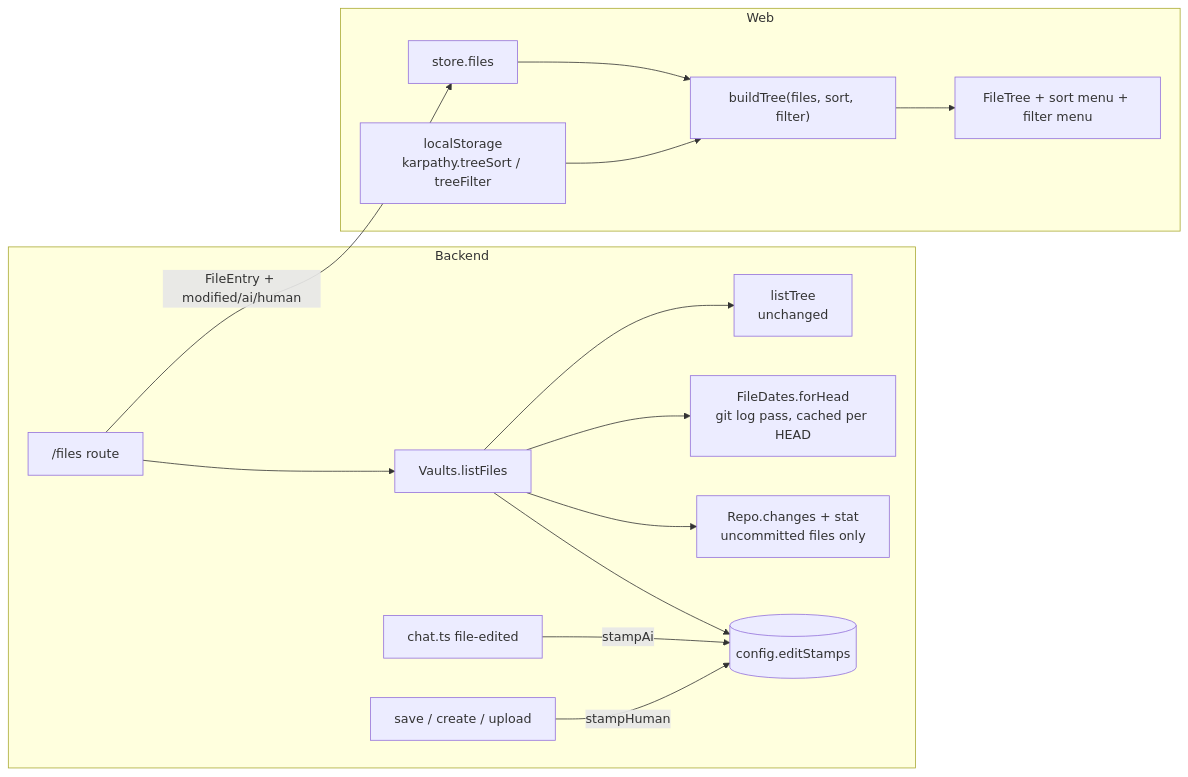
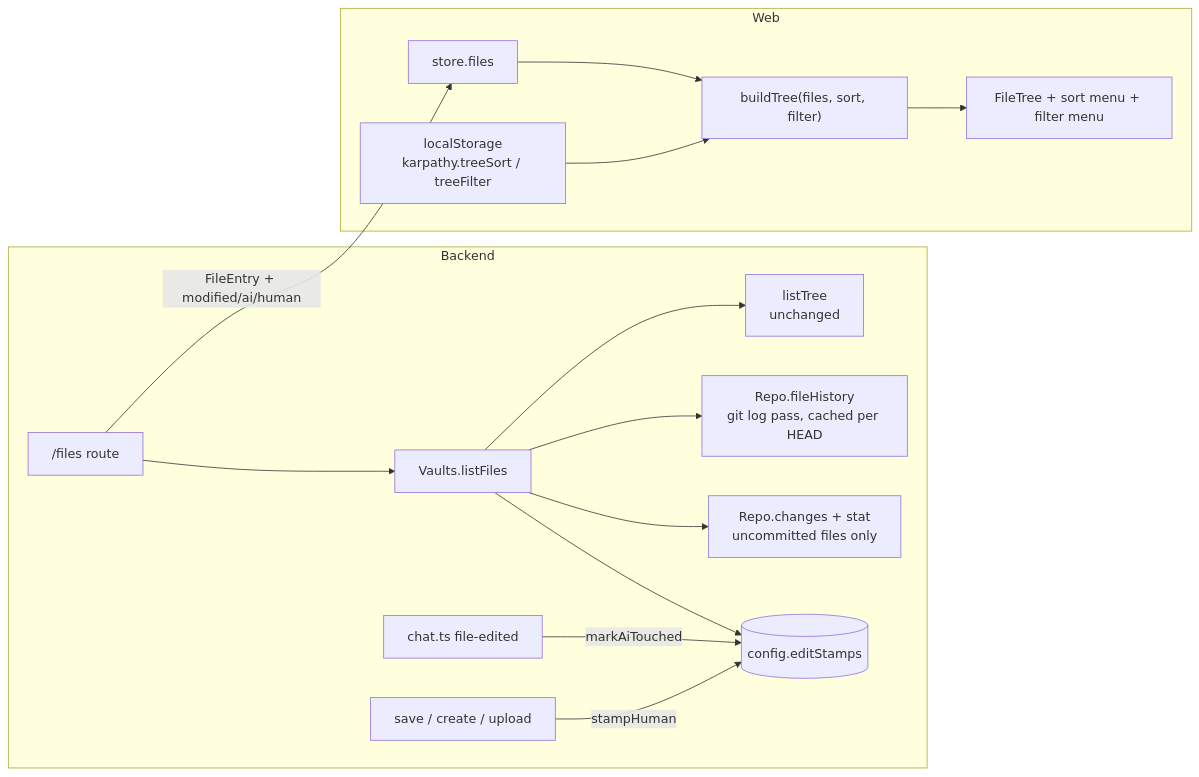
Before and after one commit to tillg/karpathy.app: the first of 3 diagrams in specs/changes/note-sort-options/architecture.md, drawn with Mermaid. The commit also changed other lines of this file and 22 other files, not shown here.

````diff
--- a/specs/changes/note-sort-options/architecture.md
+++ b/specs/changes/note-sort-options/architecture.md
@@ -17,18 +17,18 @@
 ```mermaid
 flowchart LR
     subgraph Backend
       R["/files route"] --> LF[Vaults.listFiles]
       LF --> LT[listTree<br/>unchanged]
-      LF --> HD[FileDates.forHead<br/>git log pass, cached per HEAD]
+      LF --> HD[Repo.fileHistory<br/>git log pass, cached per HEAD]
       LF --> CH[Repo.changes + stat<br/>uncommitted files only]
       LF --> ES[(config.editStamps)]
-      CHAT[chat.ts file-edited] -->|stampAi| ES
+      CHAT[chat.ts file-edited] -->|markAiTouched| ES
       PUT[save / create / upload] -->|stampHuman| ES
     end
     subgraph Web
       ST[store.files] --> BT["buildTree(files, sort, filter)"]
       PREF[localStorage<br/>karpathy.treeSort / treeFilter] --> BT
       BT --> FT[FileTree + sort menu + filter menu]
     end
     R -->|FileEntry + modified/ai/human| ST
 ```
````
